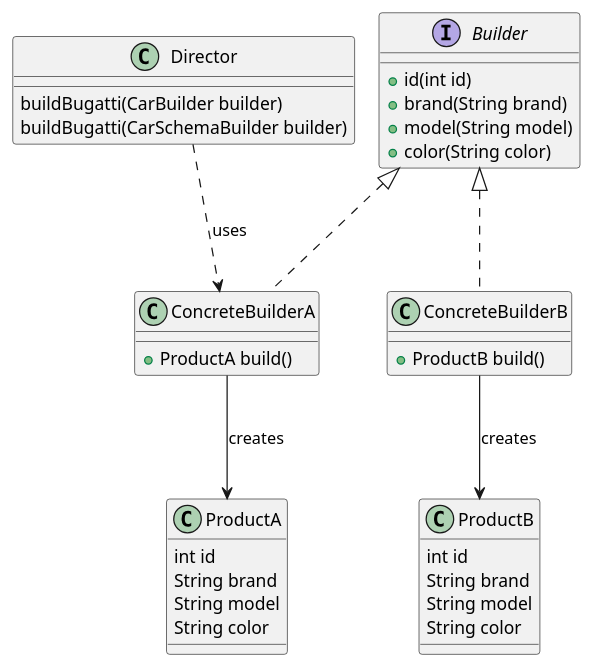
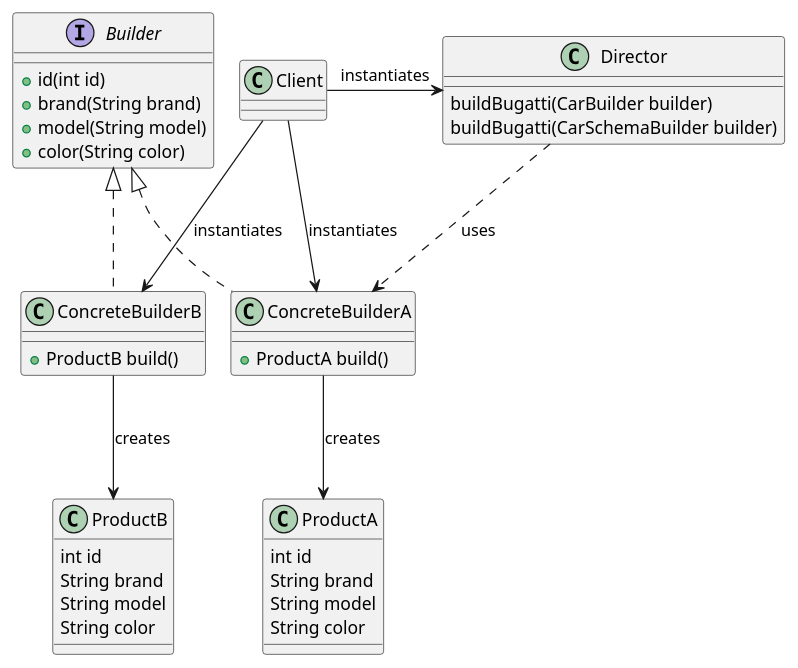
One commit to joheiss/java-patterns changed the diagram in uml/builder.puml. Above: the diagram before and after it, drawn with PlantUML. The commit also changed 38 other files, not shown here.

```diff
--- a/uml/builder.puml
+++ b/uml/builder.puml
@@ -1,41 +1,45 @@
 @startuml
 skinparam nodesep 20
 skinparam ranksep 80
 skinparam class {
   BackgroundColor<<interface>> #ffccff
   BackgroundColor<<abstract>> #ccccff
 }
 
-class Director {
-    {method} buildBugatti(CarBuilder builder)
-    {method} buildBugatti(CarSchemaBuilder builder)
-}
+
 interface Builder {
   {method} +id(int id)
   {method} +brand(String brand)
   {method} +model(String model)
   {method} +color(String color)
 }
 class ConcreteBuilderA implements Builder {
     {method} +ProductA build()
 }
 class ConcreteBuilderB implements Builder {
     {method} +ProductB build()
 }
 class ProductA {
     {field} int id
     {field} String brand
     {field} String model
     {field} String color
 }
 
 class ProductB {
     {field} int id
     {field} String brand
     {field} String model
     {field} String color
 }
+class Director {
+    {method} buildBugatti(CarBuilder builder)
+    {method} buildBugatti(CarSchemaBuilder builder)
+}
+Client -r-> Director : instantiates
+Client -r-> ConcreteBuilderA : instantiates
+Client -r-> ConcreteBuilderB : instantiates
 Director ..> ConcreteBuilderA : uses
 ConcreteBuilderA --> ProductA : creates
 ConcreteBuilderB --> ProductB : creates
 @enduml
```
